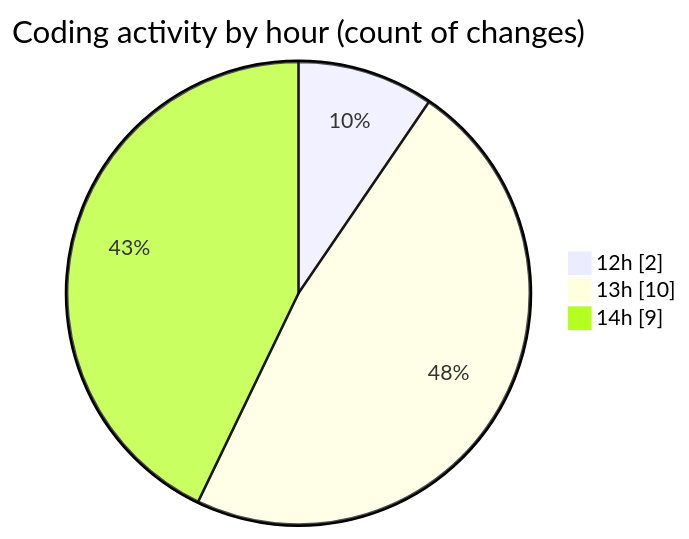
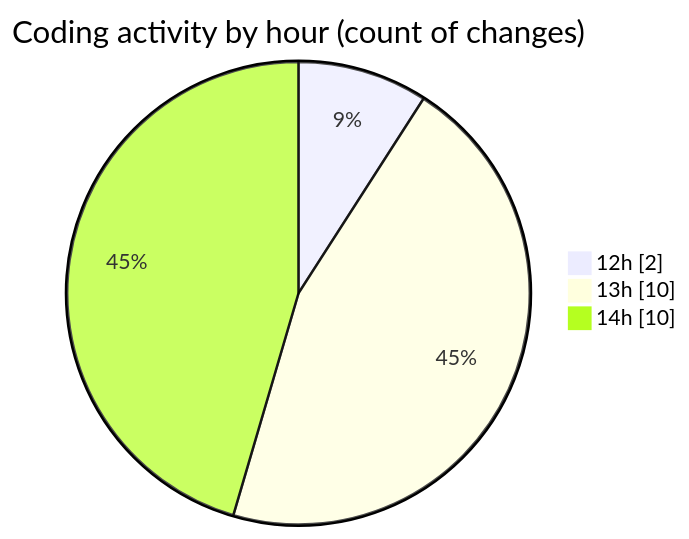
Before and after one commit to shibass792/code-tracking: the second of 2 diagrams in 2026-07-12/untitled__workspace_/README.md, drawn with Mermaid. The commit also changed other lines of this file and 1 other file, not shown here.

````diff
--- a/2026-07-12/untitled__workspace_/README.md
+++ b/2026-07-12/untitled__workspace_/README.md
@@ -28,7 +30,7 @@
 ```mermaid
 pie showData
 title Coding activity by hour (count of changes)
 "12h" : 2
 "13h" : 10
-"14h" : 9
+"14h" : 10
 ```
````
